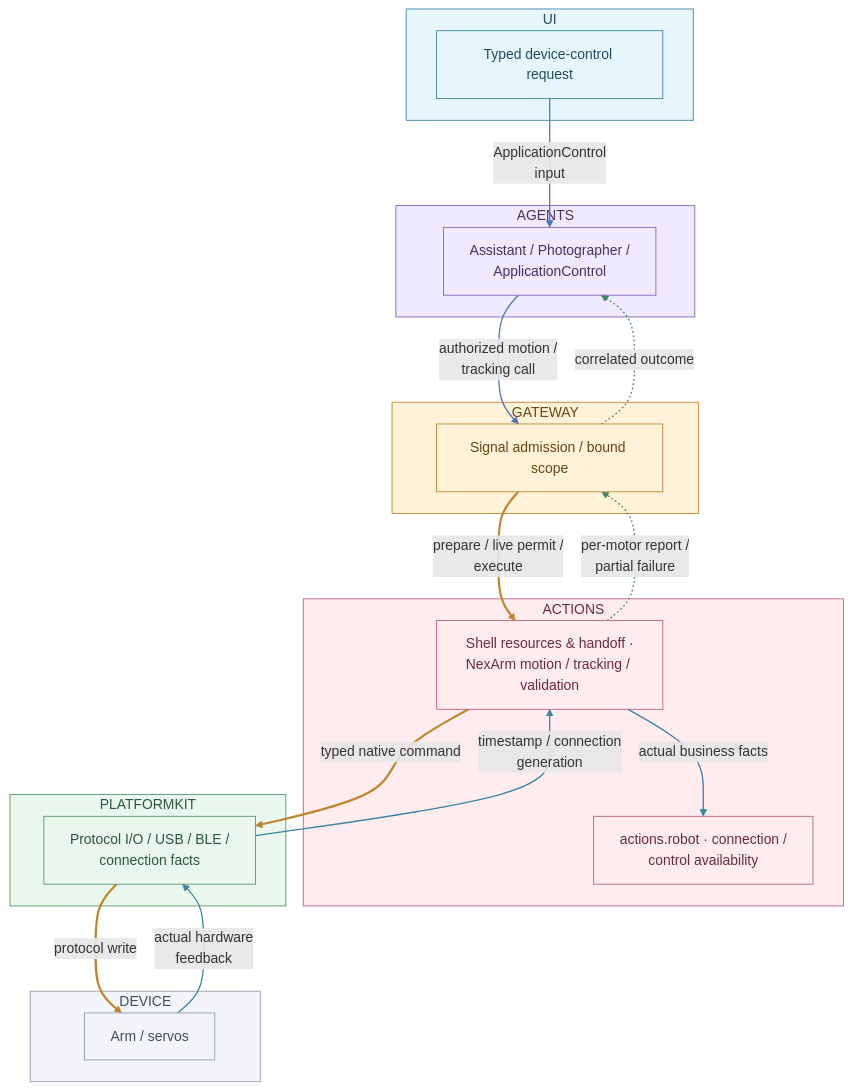
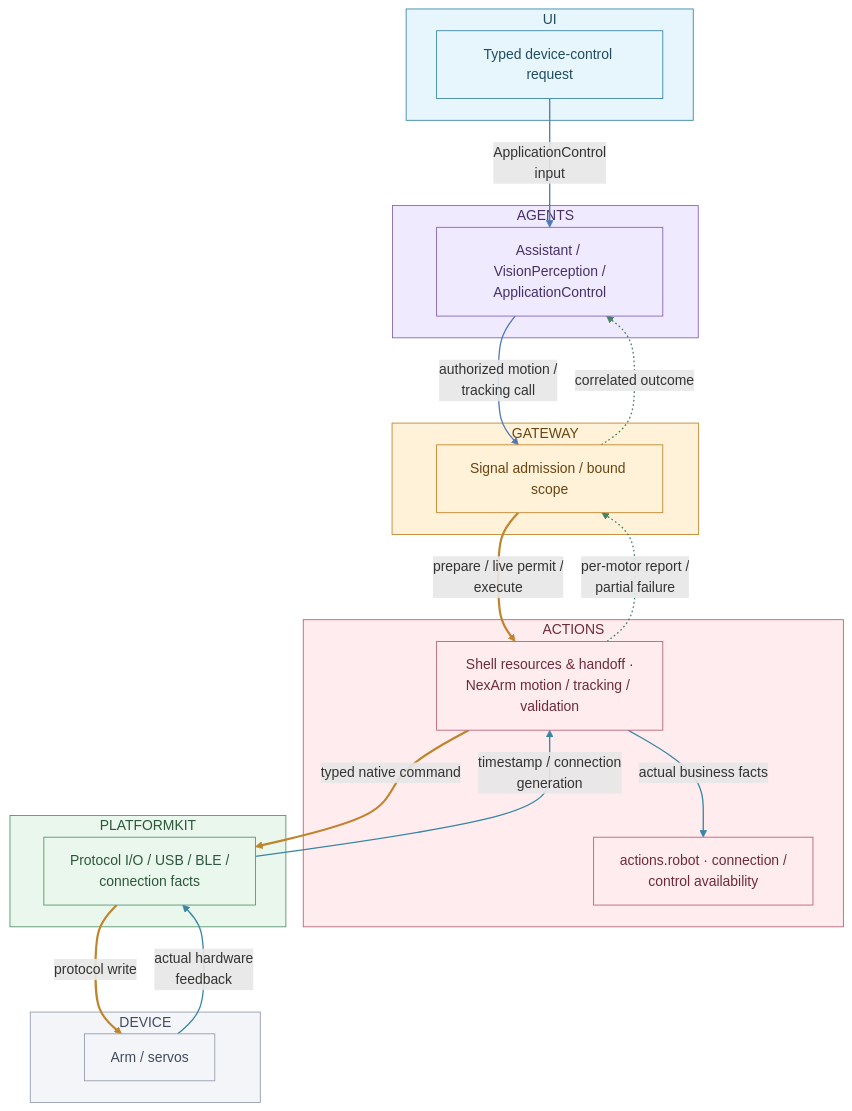
One commit to devilyouwei/MobileHarness changed diagram 23 of 29 in MobileHarness/README.md. Above: the diagram before and after it, drawn with Mermaid. The commit also changed other lines of this file and 341 other files, not shown here.

Commit message:
Unify agent channel declarations, role workflows, and speech playback control

````diff
--- a/MobileHarness/README.md
+++ b/MobileHarness/README.md
@@ -1385,54 +1388,54 @@
 ```mermaid
 flowchart TB
     subgraph Interaction["UI"]
         UI["Typed device-control request"]:::ui
     end
     style Interaction fill:#e7f6fc,stroke:#3985a4,color:#1f4c60
     subgraph Cognition["AGENTS"]
-        A["Assistant / Photographer /<br/>ApplicationControl"]:::agent
+        A["Assistant / VisionPerception /<br/>ApplicationControl"]:::agent
     end
     style Cognition fill:#f0eaff,stroke:#8261b5,color:#463065
     subgraph Coordination["GATEWAY"]
         G["Signal admission / bound scope"]:::gateway
     end
     style Coordination fill:#fff2d9,stroke:#bf842c,color:#694511
     subgraph Execution["ACTIONS"]
         Service["Shell resources &amp; handoff ·<br/>NexArm motion / tracking / validation"]:::action
         Facts["actions.robot · connection /<br/>control availability"]:::action
     end
     style Execution fill:#ffecef,stroke:#b86178,color:#6b2b3d
     subgraph PlatformOwner["PLATFORMKIT"]
         Native["Protocol I/O / USB / BLE /<br/>connection facts"]:::platform
     end
     style PlatformOwner fill:#eaf7ed,stroke:#56936a,color:#2c573a
     subgraph Hardware["DEVICE"]
         Device["Arm / servos"]:::neutral
     end
     style Hardware fill:#f4f5f8,stroke:#939bad,color:#414b60
     UI -->|"ApplicationControl<br/>input"| A
     A -->|"authorized motion /<br/>tracking call"| G
     G ==>|"prepare / live permit /<br/>execute"| Service
     Service ==>|"typed native command"| Native
     Native ==>|"protocol write"| Device
     Device -->|"actual hardware<br/>feedback"| Native
     Native -->|"timestamp / connection<br/>generation"| Service
     Service -.->|"per-motor report /<br/>partial failure"| G
     G -.->|"correlated outcome"| A
     Service -->|"actual business facts"| Facts
     classDef action fill:#ffecef,stroke:#b86178,color:#6b2b3d
     classDef agent fill:#f0eaff,stroke:#8261b5,color:#463065
     classDef gateway fill:#fff2d9,stroke:#bf842c,color:#694511
     classDef neutral fill:#f4f5f8,stroke:#939bad,color:#414b60
     classDef platform fill:#eaf7ed,stroke:#56936a,color:#2c573a
     classDef ui fill:#e7f6fc,stroke:#3985a4,color:#1f4c60
     linkStyle 0 stroke:#5078b8,stroke-width:1.5px
     linkStyle 1 stroke:#5078b8,stroke-width:1.5px
     linkStyle 2 stroke:#bf842c,stroke-width:2.5px
     linkStyle 3 stroke:#bf842c,stroke-width:2.5px
     linkStyle 4 stroke:#bf842c,stroke-width:2.5px
     linkStyle 5 stroke:#3985a4,stroke-width:1.5px
     linkStyle 6 stroke:#3985a4,stroke-width:1.5px
     linkStyle 7 stroke:#438463,stroke-width:1.5px,stroke-dasharray:2 3
     linkStyle 8 stroke:#438463,stroke-width:1.5px,stroke-dasharray:2 3
     linkStyle 9 stroke:#3985a4,stroke-width:1.5px
 ```
````
